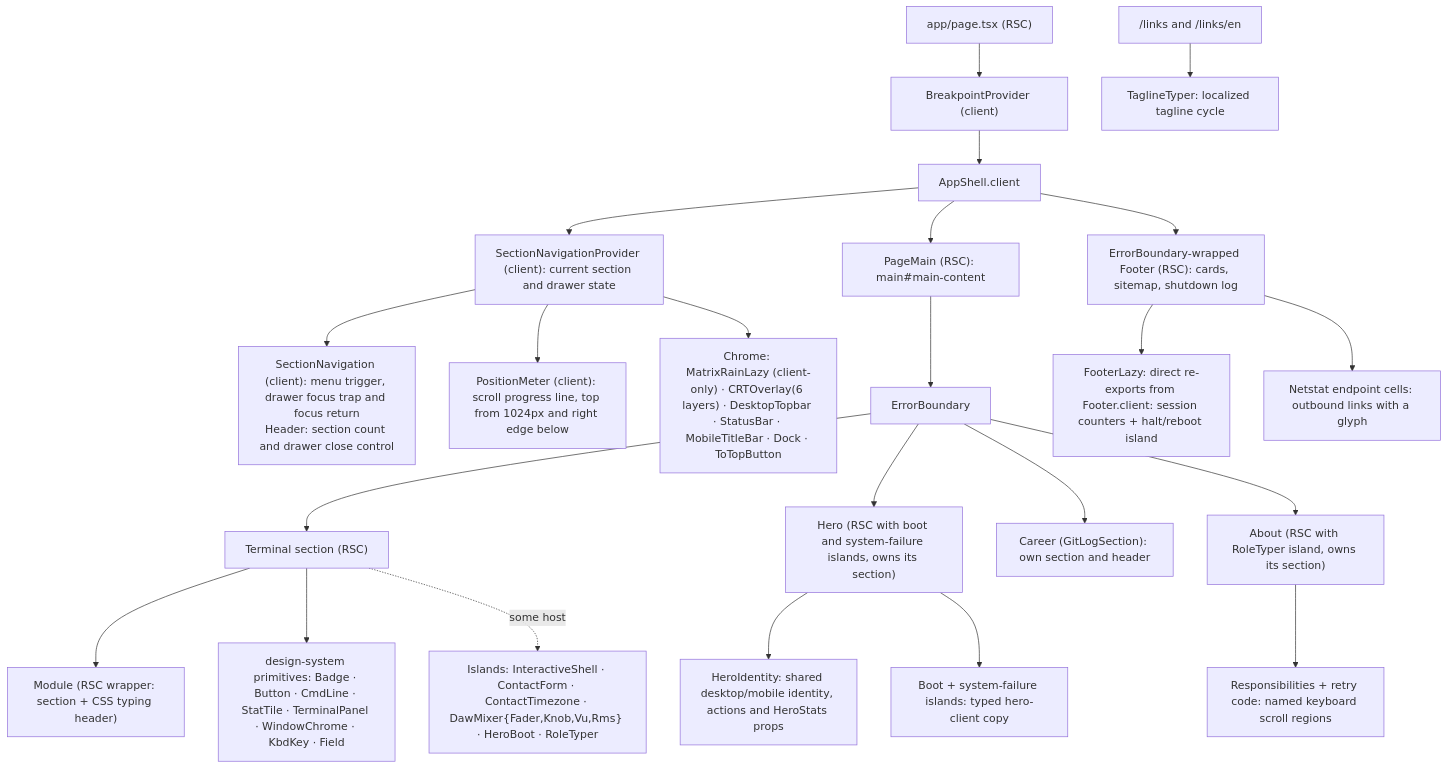
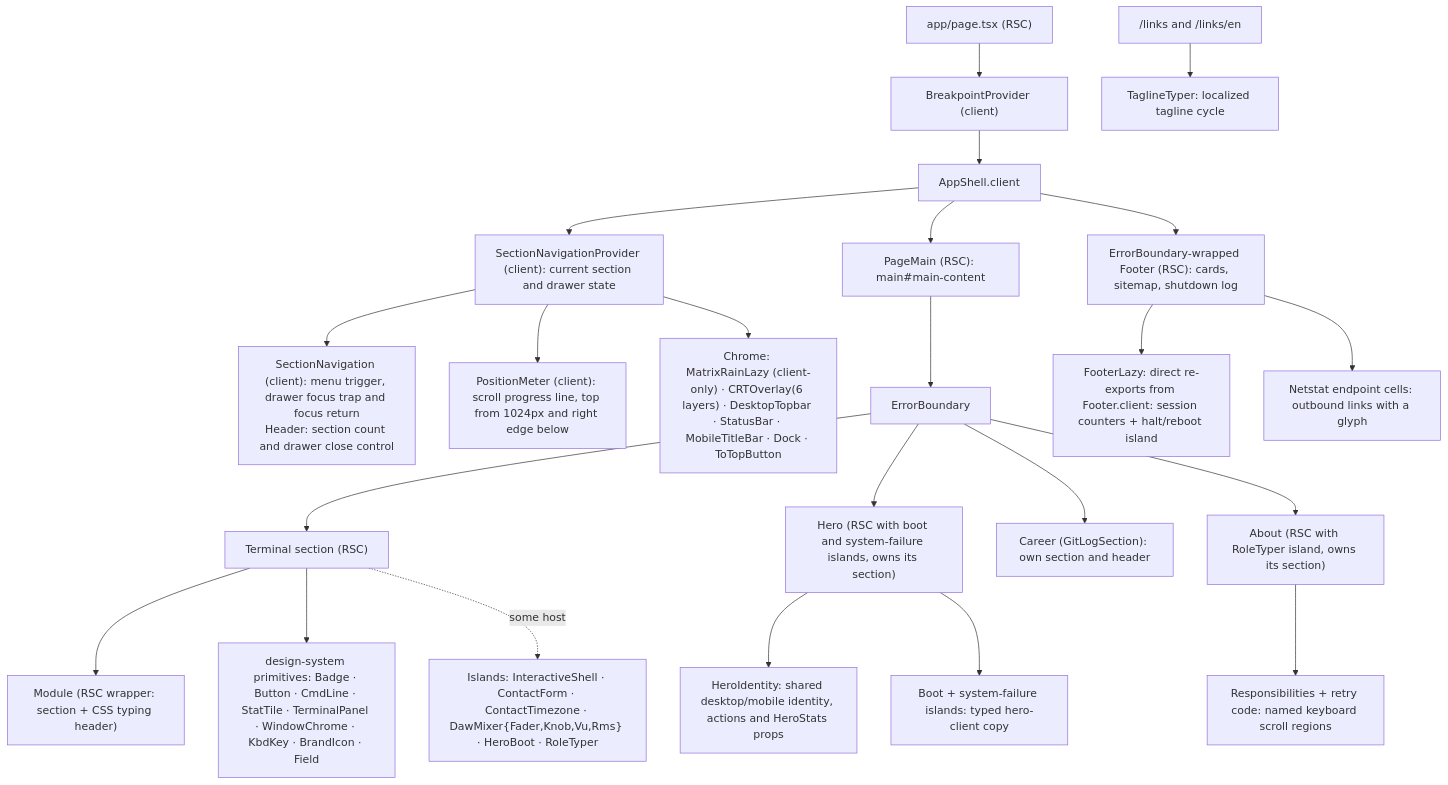
Before and after one commit to erikunha/portfolio: the first of 2 diagrams in docs/04-components-and-state.md, drawn with Mermaid. The commit also changed other lines of this file and 68 other files, not shown here.

````diff
--- a/docs/04-components-and-state.md
+++ b/docs/04-components-and-state.md
@@ -28,25 +28,25 @@
 ```mermaid
 flowchart TD
     page["app/page.tsx (RSC)"] --> bp["BreakpointProvider (client)"]
     bp --> shell["AppShell.client"]
     shell --> navigation["SectionNavigationProvider (client): current section and drawer state"]
     navigation --> rail["SectionNavigation (client): menu trigger, drawer focus trap and focus return<br/>Header: section count and drawer close control"]
     navigation --> position["PositionMeter (client): scroll progress line, top from 1024px and right edge below"]
     navigation --> chrome["Chrome: MatrixRainLazy (client-only) · CRTOverlay(6 layers) · DesktopTopbar · StatusBar · MobileTitleBar · Dock · ToTopButton"]
     shell --> main["PageMain (RSC): main#main-content"]
     main --> eb["ErrorBoundary"]
     eb --> sec["Terminal section (RSC)"]
     sec --> mod["Module (RSC wrapper: section + CSS typing header)"]
-    sec --> dsp["design-system primitives: Badge · Button · CmdLine · StatTile · TerminalPanel · WindowChrome · KbdKey · Field"]
+    sec --> dsp["design-system primitives: Badge · Button · CmdLine · StatTile · TerminalPanel · WindowChrome · KbdKey · BrandIcon · Field"]
     sec -. some host .-> isl["Islands: InteractiveShell · ContactForm · ContactTimezone · DawMixer{Fader,Knob,Vu,Rms} · HeroBoot · RoleTyper"]
     eb --> hero["Hero (RSC with boot and system-failure islands, owns its section)"]
     hero --> identity["HeroIdentity: shared desktop/mobile identity, actions and HeroStats props"]
     hero --> clientcopy["Boot + system-failure islands: typed hero-client copy"]
     eb --> career["Career (GitLogSection): own section and header"]
     eb --> about["About (RSC with RoleTyper island, owns its section)"]
     about --> scroll["Responsibilities + retry code: named keyboard scroll regions"]
     shell --> fl["ErrorBoundary-wrapped Footer (RSC): cards, sitemap, shutdown log"]
     fl --> fi["FooterLazy: direct re-exports from Footer.client: session counters + halt/reboot island"]
     fl --> fc["Netstat endpoint cells: outbound links with a glyph"]
     links["/links and /links/en"] --> tagline["TaglineTyper: localized tagline cycle"]
 ```
````
